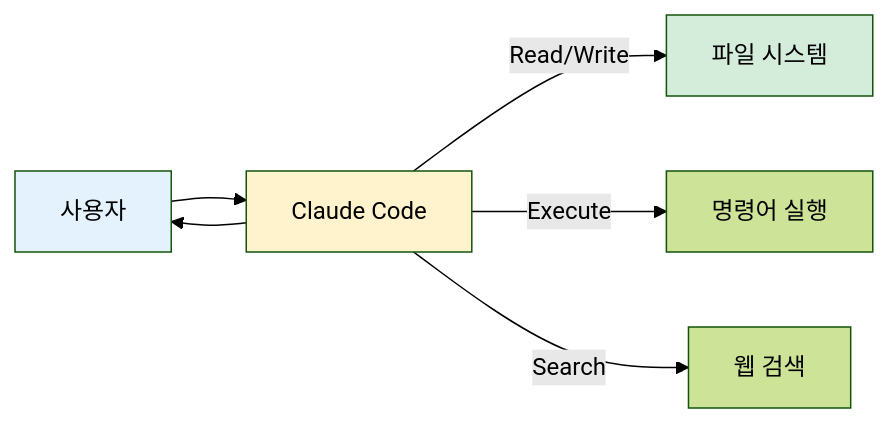
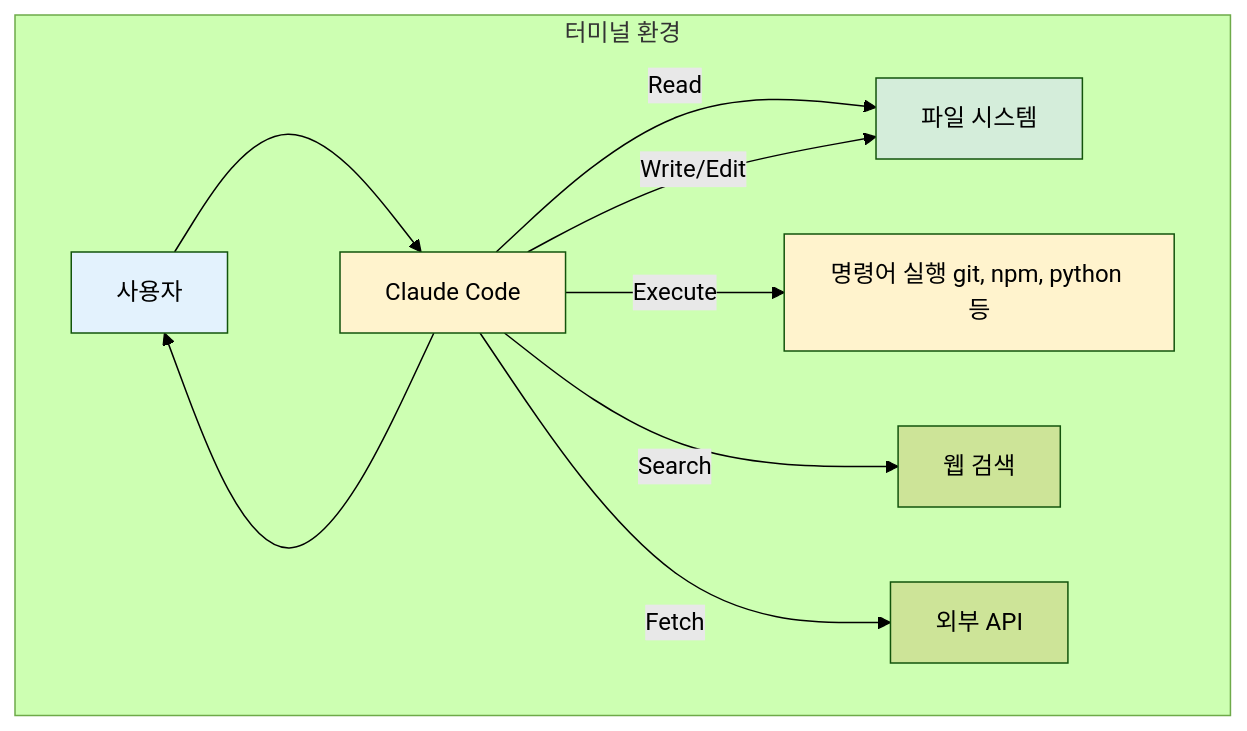
One commit to Kanghyeop/pages-book-agent101 changed the second of 6 diagrams in appendix-a/A01.md. Above: the diagram before and after it, drawn with Mermaid (forest theme). The commit also changed other lines of this file and 5 other files, not shown here.

Commit message:
revert: 원본 다이어그램 복원

````diff
--- a/appendix-a/A01.md
+++ b/appendix-a/A01.md
@@ -81,12 +81,17 @@
 ```mermaid
-flowchart LR
-    User[사용자] --> CC[Claude Code]
-    CC --> User
-    CC -->|Read/Write| FS[파일 시스템]
-    CC -->|Execute| CMD[명령어 실행]
-    CC -->|Search| Web[웹 검색]
+flowchart TB
+    subgraph Terminal["터미널 환경"]
+        User[사용자] --> CC[Claude Code]
+        CC --> User
+        CC -->|Read| FS[파일 시스템]
+        CC -->|Write/Edit| FS
+        CC -->|Execute| CMD["명령어 실행 git, npm, python 등"]
+        CC -->|Search| Web[웹 검색]
+        CC -->|Fetch| API[외부 API]
+    end
 
     style User fill:#E3F2FD
     style CC fill:#FFF3CD
     style FS fill:#D4EDDA
+    style CMD fill:#FFF3CD
 ```
````
